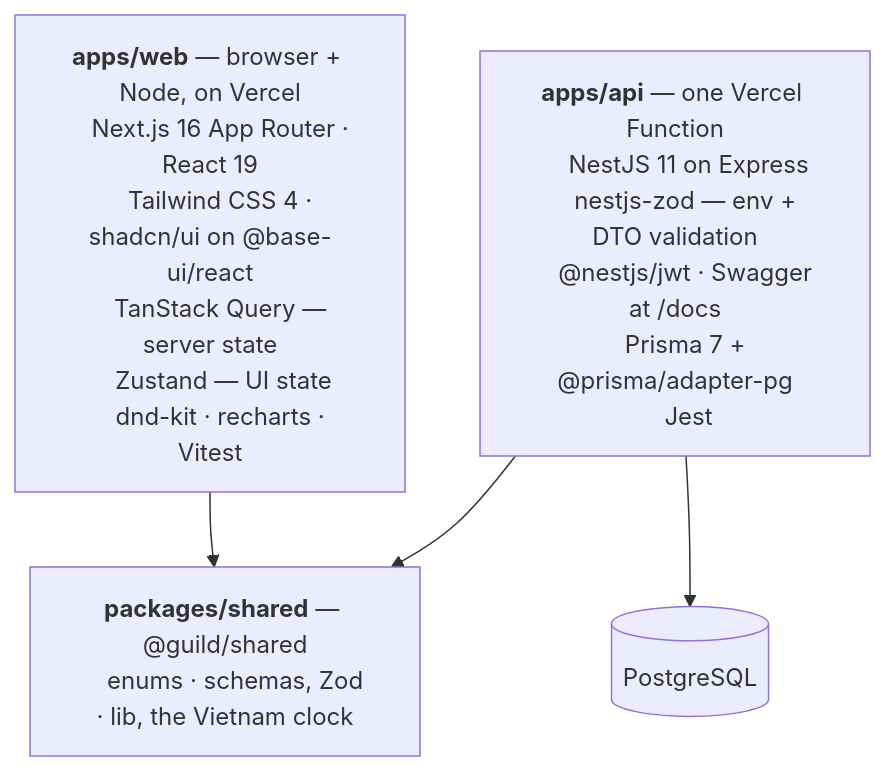
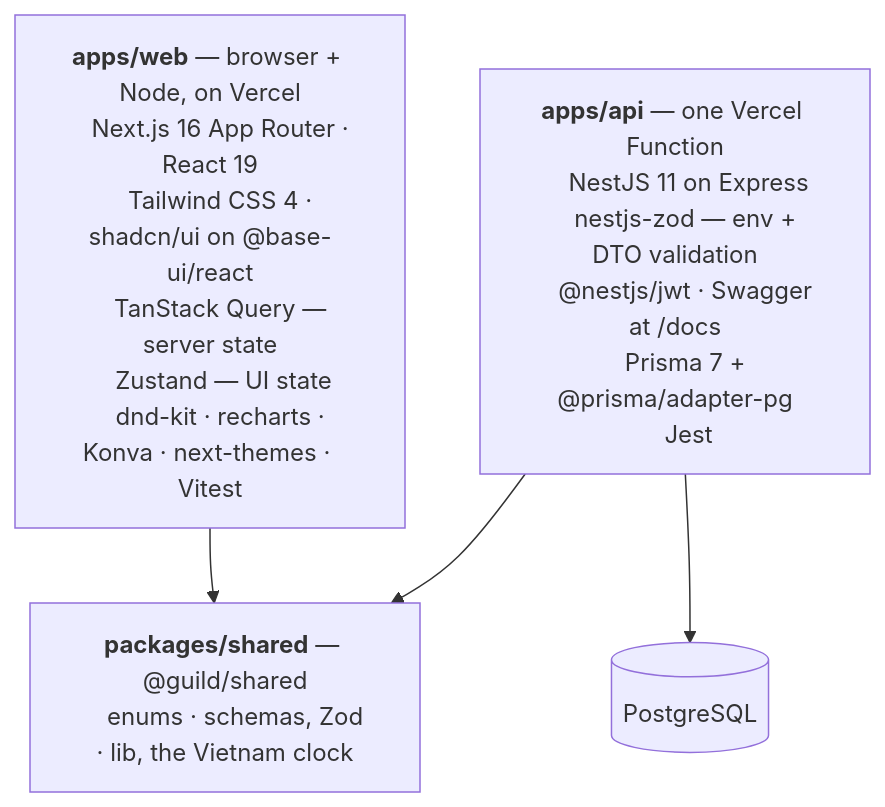
One commit to minhhuy1201/guild-manager changed the second of 6 diagrams in docs/architecture.md. Above: the diagram before and after it, drawn with Mermaid. The commit also changed other lines of this file and 7 other files, not shown here.

````diff
--- a/docs/architecture.md
+++ b/docs/architecture.md
@@ -64,25 +64,25 @@
 ```mermaid
 graph TB
     WEB["<b>apps/web</b> — browser + Node, on Vercel
     Next.js 16 App Router · React 19
     Tailwind CSS 4 · shadcn/ui on @base-ui/react
     TanStack Query — server state
     Zustand — UI state
-    dnd-kit · recharts · Vitest"]
+    dnd-kit · recharts · Konva · next-themes · Vitest"]
 
     API["<b>apps/api</b> — one Vercel Function
     NestJS 11 on Express
     nestjs-zod — env + DTO validation
     @nestjs/jwt · Swagger at /docs
     Prisma 7 + @prisma/adapter-pg
     Jest"]
 
     SHARED["<b>packages/shared</b> — @guild/shared
     enums · schemas, Zod · lib, the Vietnam clock"]
 
     Db[("PostgreSQL")]
 
     WEB --> SHARED
     API --> SHARED
     API --> Db
 ```
````
